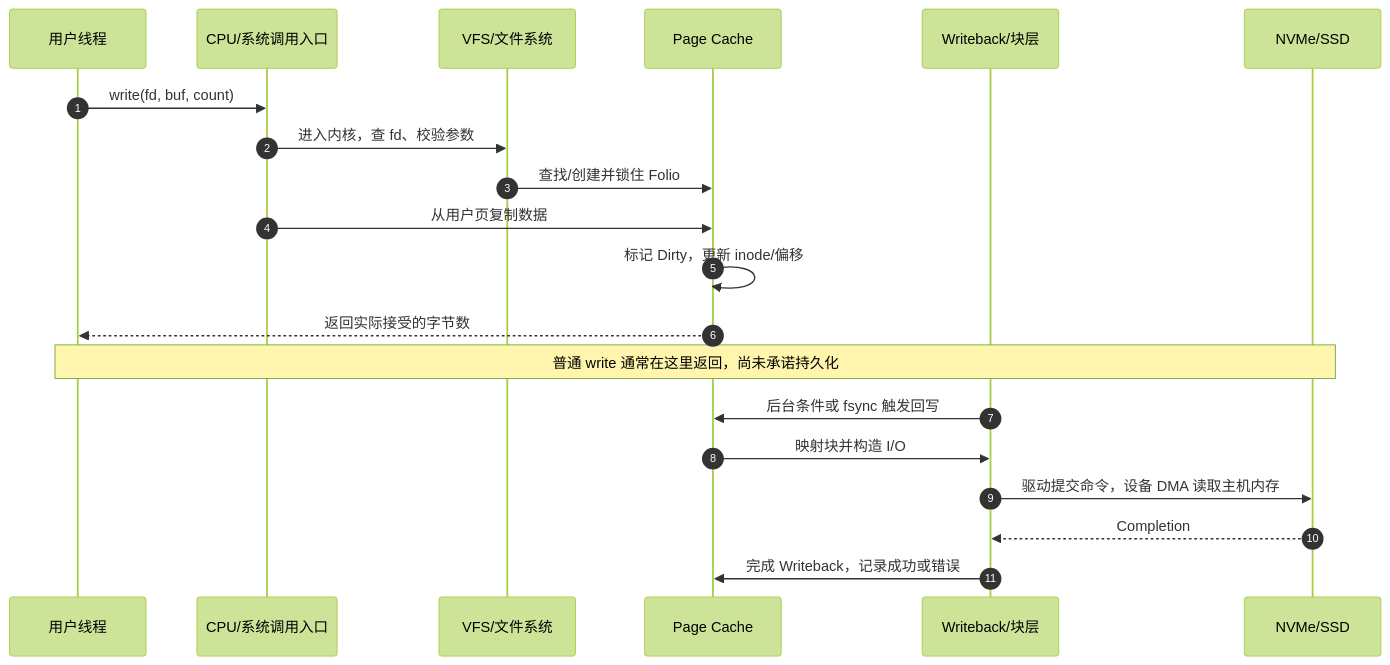
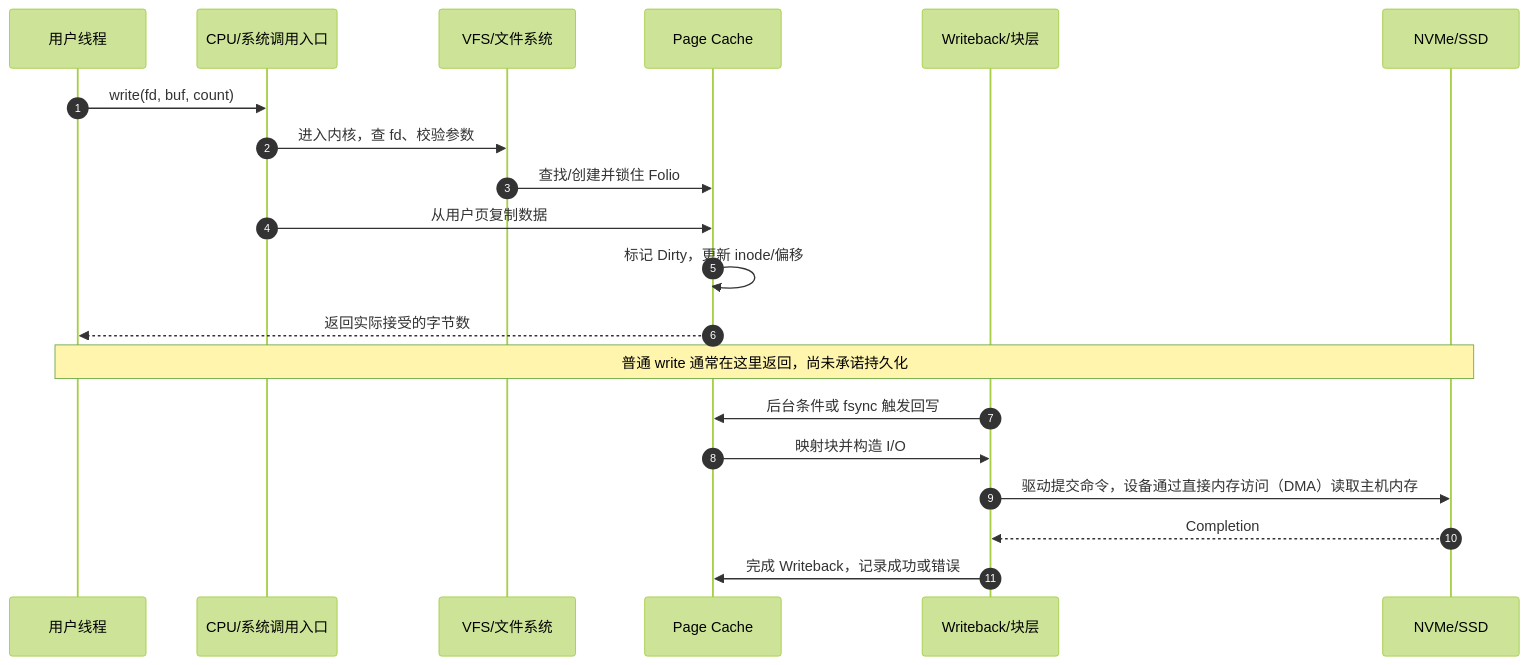
Before and after one commit to xizheyin/hft-book-rs: the second of 6 diagrams in books/ai/src/systems/file_write_path.md, drawn with Mermaid (forest theme). The commit also changed other lines of this file and 79 other files, not shown here.

````diff
--- a/books/ai/src/systems/file_write_path.md
+++ b/books/ai/src/systems/file_write_path.md
@@ -262,24 +284,24 @@
 ```mermaid
 sequenceDiagram
     autonumber
     participant U as 用户线程
     participant CPU as CPU/系统调用入口
     participant V as VFS/文件系统
     participant P as Page Cache
     participant W as Writeback/块层
     participant N as NVMe/SSD
 
     U->>CPU: write(fd, buf, count)
     CPU->>V: 进入内核，查 fd、校验参数
     V->>P: 查找/创建并锁住 Folio
     CPU->>P: 从用户页复制数据
     P->>P: 标记 Dirty，更新 inode/偏移
     P-->>U: 返回实际接受的字节数
     Note over U,N: 普通 write 通常在这里返回，尚未承诺持久化
 
     W->>P: 后台条件或 fsync 触发回写
     P->>W: 映射块并构造 I/O
-    W->>N: 驱动提交命令，设备 DMA 读取主机内存
+    W->>N: 驱动提交命令，设备通过直接内存访问（DMA）读取主机内存
     N-->>W: Completion
     W->>P: 完成 Writeback，记录成功或错误
 ```
````
